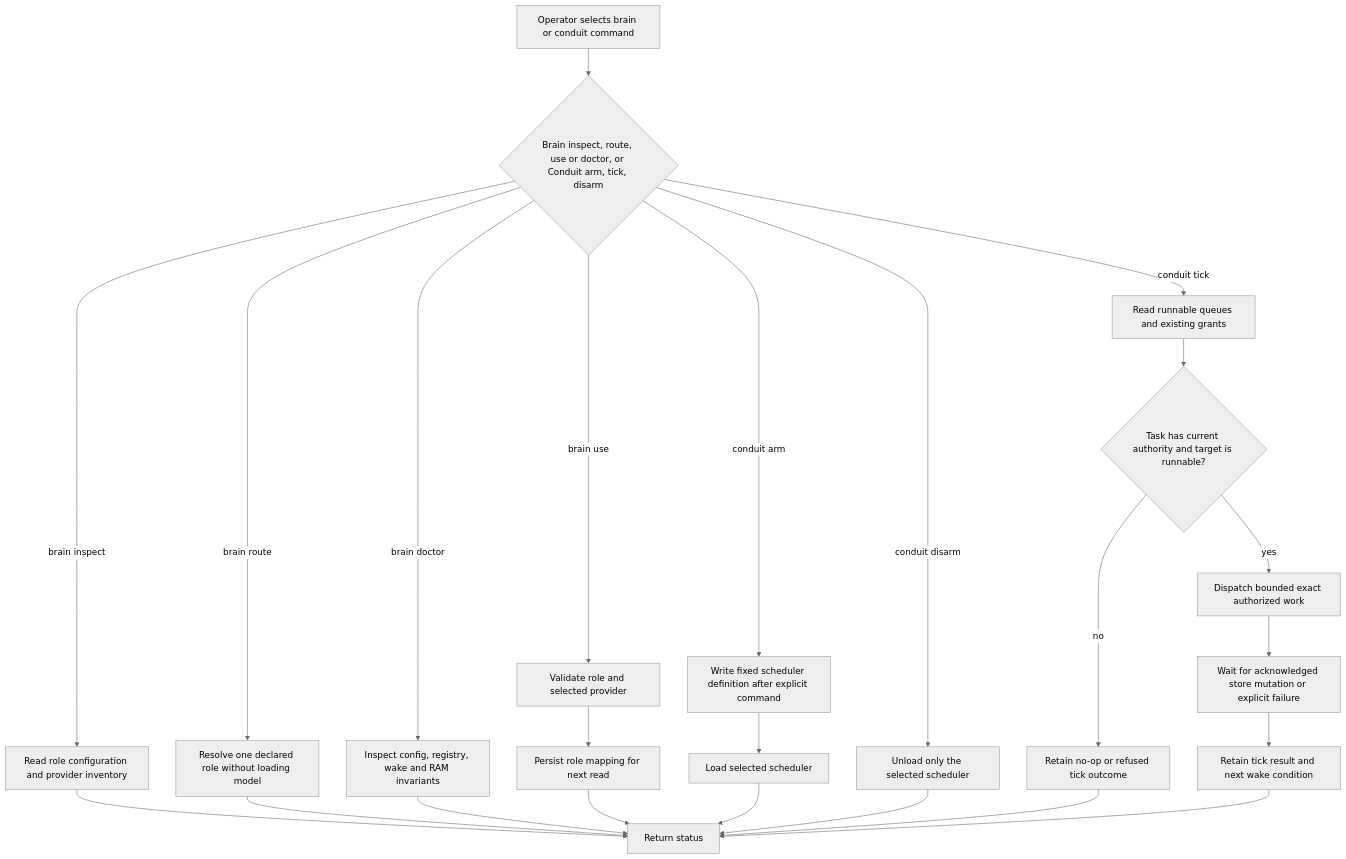
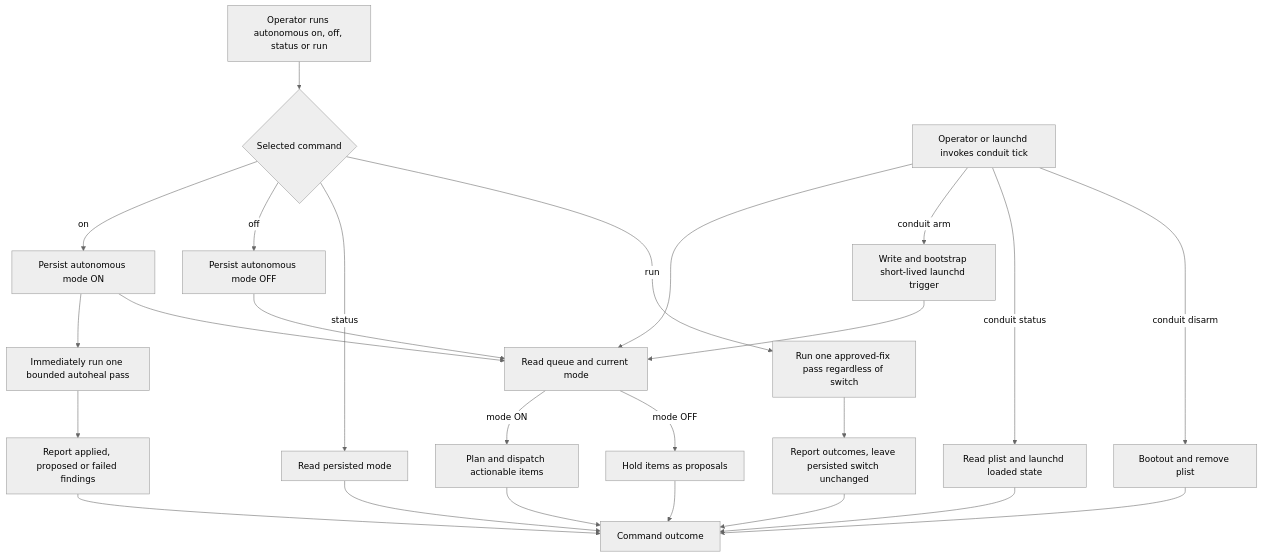
One commit to SirsiMaster/sirsi-pantheon changed diagram 28 of 45 in docs/stacklab/pantheon-pt/canon/DIAGRAMS_PRODUCT_OPERATIONS.md. Above: the diagram before and after it, drawn with Mermaid (neutral theme). The commit also changed other lines of this file and 2 other files, not shown here.

Commit message:
docs(stacklab): align workflow diagrams with actual effects and recovery

````diff
--- a/docs/stacklab/pantheon-pt/canon/DIAGRAMS_PRODUCT_OPERATIONS.md
+++ b/docs/stacklab/pantheon-pt/canon/DIAGRAMS_PRODUCT_OPERATIONS.md
@@ -735,26 +791,27 @@
 ```mermaid
 flowchart TD
-  OP[Operator selects brain or conduit command] --> MODE{Brain inspect, route, use or doctor, or Conduit arm, tick, disarm}
-  MODE -->|brain inspect| READ[Read role configuration and provider inventory]
-  MODE -->|brain route| RESOLVE[Resolve one declared role without loading model]
-  MODE -->|brain use| CHANGE[Validate role and selected provider]
-  CHANGE --> SAVE[Persist role mapping for next read]
-  MODE -->|brain doctor| CHECK[Inspect config, registry, wake and RAM invariants]
-  MODE -->|conduit arm| ARM[Write fixed scheduler definition after explicit command]
-  ARM --> LOAD[Load selected scheduler]
-  MODE -->|conduit tick| AUTH[Read runnable queues and existing grants]
-  AUTH --> ADMIT{Task has current authority and target is runnable?}
-  ADMIT -->|no| OBS[Retain no-op or refused tick outcome]
-  ADMIT -->|yes| DISPATCH[Dispatch bounded exact authorized work]
-  DISPATCH --> RETURN[Wait for acknowledged store mutation or explicit failure]
-  RETURN --> JOURNAL[Retain tick result and next wake condition]
-  MODE -->|conduit disarm| STOP[Unload only the selected scheduler]
-  READ --> REPORT[Return status]
-  RESOLVE --> REPORT
-  CHECK --> REPORT
-  SAVE --> REPORT
-  LOAD --> REPORT
-  STOP --> REPORT
-  OBS --> REPORT
-  JOURNAL --> REPORT
+  OP[Operator runs autonomous on, off, status or run] --> CMD{Selected command}
+  CMD -->|on| SETON[Persist autonomous mode ON]
+  SETON --> PASS[Immediately run one bounded autoheal pass]
+  PASS --> REPORT[Report applied, proposed or failed findings]
+  CMD -->|off| SETOFF[Persist autonomous mode OFF]
+  CMD -->|status| STATUS[Read persisted mode]
+  CMD -->|run| APPROVED[Run one approved-fix pass regardless of switch]
+  APPROVED --> PASSREPORT[Report outcomes, leave persisted switch unchanged]
+  OP2[Operator or launchd invokes conduit tick] --> TICK[Read queue and current mode]
+  TICK -->|mode ON| EXEC[Plan and dispatch actionable items]
+  TICK -->|mode OFF| HOLD[Hold items as proposals]
+  OP2 -->|conduit arm| ARM[Write and bootstrap short-lived launchd trigger]
+  ARM --> TICK
+  OP2 -->|conduit status| CSTATUS[Read plist and launchd loaded state]
+  OP2 -->|conduit disarm| DISARM[Bootout and remove plist]
+  SETOFF --> TICK
+  SETON --> TICK
+  REPORT --> OUT[Command outcome]
+  PASSREPORT --> OUT
+  STATUS --> OUT
+  EXEC --> OUT
+  HOLD --> OUT
+  CSTATUS --> OUT
+  DISARM --> OUT
 ```
````
